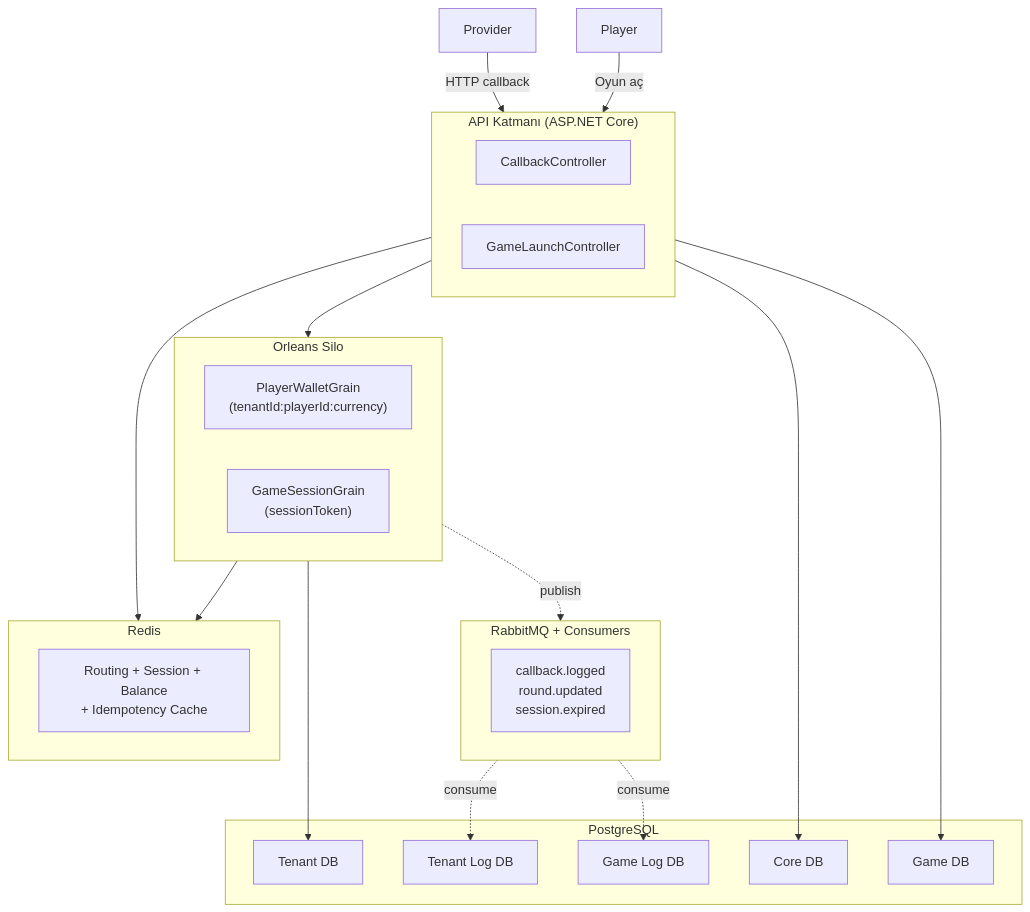
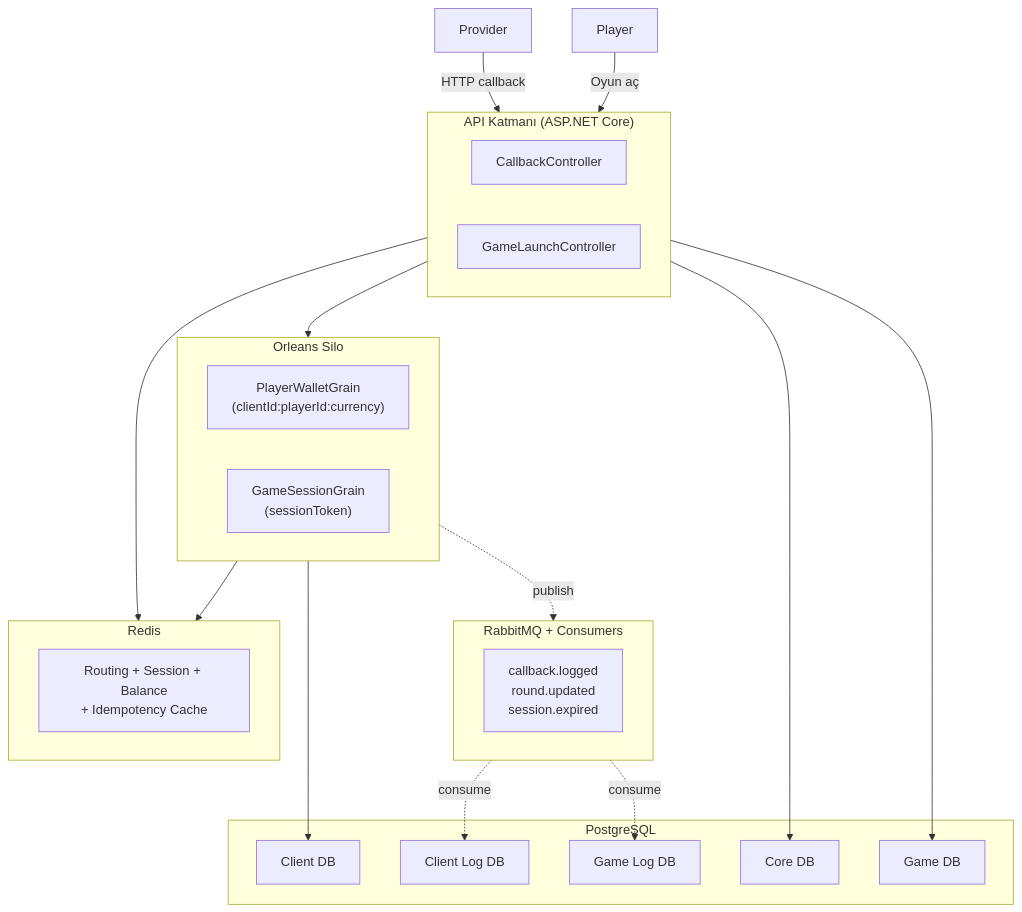
The first of 8 diagrams in .docs/guides/GAME_GATEWAY_GUIDE.md (frhtshn/One.DB), drawn with Mermaid before and after one commit. The commit also changed other lines of this file and 442 other files, not shown here.

First line of the commit message:
Nucleo → Sortis One ve tenant → client içerik güncellemeleri

````diff
--- a/.docs/guides/GAME_GATEWAY_GUIDE.md
+++ b/.docs/guides/GAME_GATEWAY_GUIDE.md
@@ -35,41 +35,41 @@
 ```mermaid
 flowchart TD
     PR["Provider"] -->|"HTTP callback"| API
     PL["Player"] -->|"Oyun aç"| API
 
     subgraph API["API Katmanı (ASP.NET Core)"]
         CC["CallbackController"]
         GLC["GameLaunchController"]
     end
 
     subgraph ORLEANS["Orleans Silo"]
-        PWG["PlayerWalletGrain<br/>(tenantId:playerId:currency)"]
+        PWG["PlayerWalletGrain<br/>(clientId:playerId:currency)"]
         GSG["GameSessionGrain<br/>(sessionToken)"]
     end
 
     subgraph CACHE["Redis"]
         RC["Routing + Session + Balance<br/>+ Idempotency Cache"]
     end
 
     subgraph ASYNC["RabbitMQ + Consumers"]
         Q["callback.logged<br/>round.updated<br/>session.expired"]
     end
 
     subgraph DB["PostgreSQL"]
         CDB["Core DB"]
         GDB["Game DB"]
-        TDB["Tenant DB"]
-        TLDB["Tenant Log DB"]
+        TDB["Client DB"]
+        TLDB["Client Log DB"]
         GLDB["Game Log DB"]
     end
 
     API --> CACHE
     API --> ORLEANS
     ORLEANS --> CACHE
     ORLEANS --> TDB
     API --> CDB
     API --> GDB
     ORLEANS -.->|"publish"| ASYNC
     ASYNC -.->|"consume"| TLDB
     ASYNC -.->|"consume"| GLDB
 ```
````
